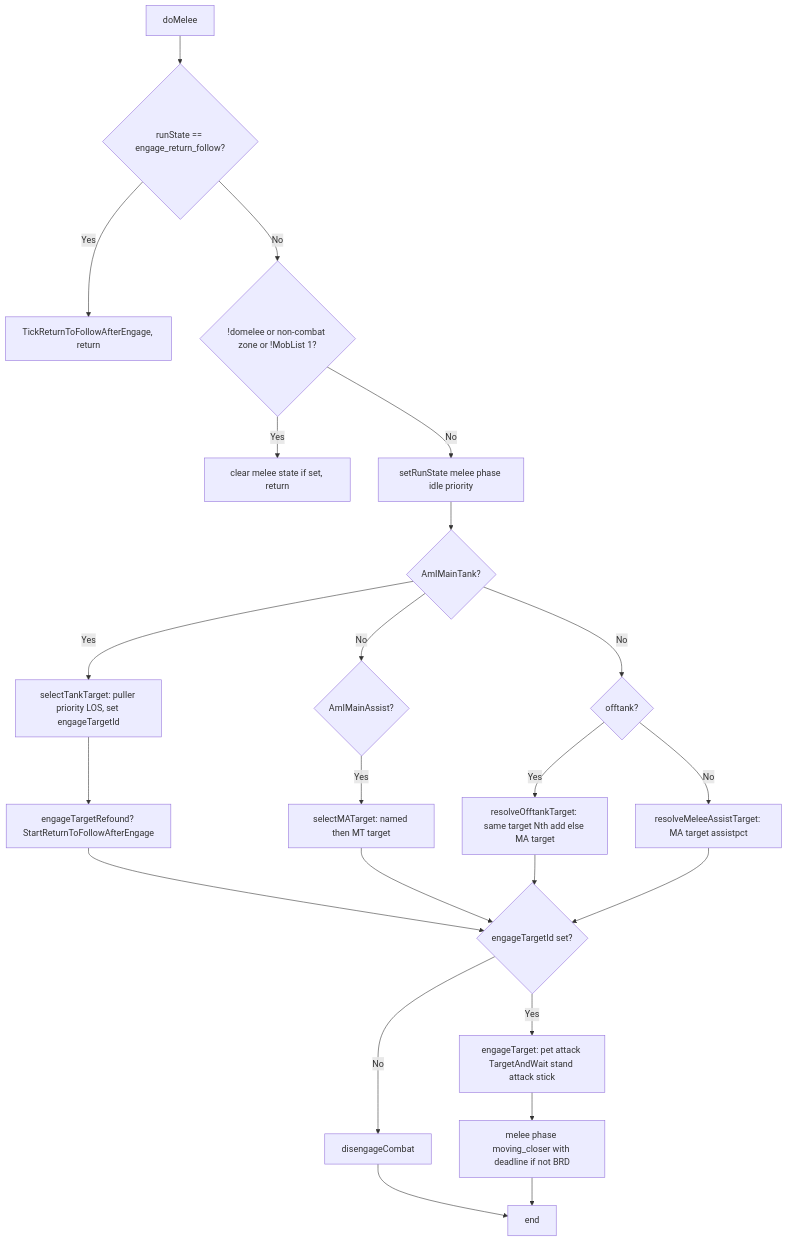
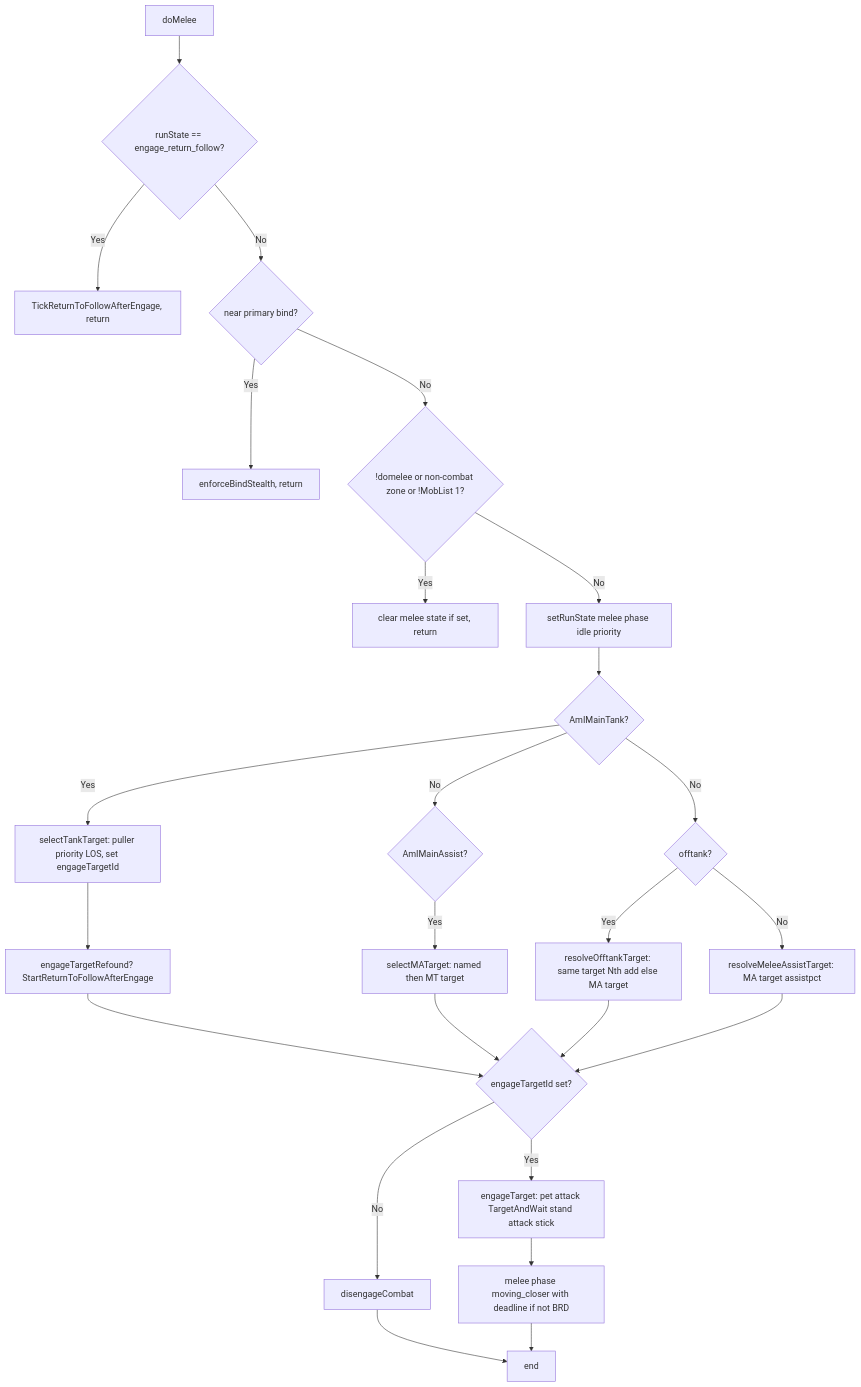
Before and after one commit to Cezero/czbot: the diagram in docs/botlogic/hook-domelee.md, drawn with Mermaid. The commit also changed other lines of this file and 26 other files, not shown here.

````diff
--- a/docs/botlogic/hook-domelee.md
+++ b/docs/botlogic/hook-domelee.md
@@ -10,26 +10,28 @@
 ```mermaid
 flowchart TB
     Start[doMelee] --> EngageReturn{runState == engage_return_follow?}
     EngageReturn -->|Yes| TickReturn[TickReturnToFollowAfterEngage, return]
-    EngageReturn -->|No| Guards{!domelee or non-combat zone or !MobList 1?}
+    EngageReturn -->|No| Bind{near primary bind?}
+    Bind -->|Yes| ClearBind[enforceBindStealth, return]
+    Bind -->|No| Guards{!domelee or non-combat zone or !MobList 1?}
     Guards -->|Yes| ClearMelee[clear melee state if set, return]
     Guards -->|No| SetMelee[setRunState melee phase idle priority]
     SetMelee --> Role{AmIMainTank?}
     Role -->|Yes| MT[selectTankTarget: puller priority LOS, set engageTargetId]
     MT --> StartReturn[engageTargetRefound? StartReturnToFollowAfterEngage]
     Role -->|No| MA{AmIMainAssist?}
     MA -->|Yes| MATarget[selectMATarget: named then MT target]
     Role -->|No| OT{offtank?}
     OT -->|Yes| OTResolve[resolveOfftankTarget: same target Nth add else MA target]
     OT -->|No| DPS[resolveMeleeAssistTarget: MA target assistpct]
     StartReturn --> HasTarget
     MATarget --> HasTarget
     OTResolve --> HasTarget
     DPS --> HasTarget
     HasTarget{engageTargetId set?}
     HasTarget -->|Yes| Engage[engageTarget: pet attack TargetAndWait stand attack stick]
     HasTarget -->|No| Disengage[disengageCombat]
     Engage --> MeleePhase[melee phase moving_closer with deadline if not BRD]
     Disengage --> End[end]
     MeleePhase --> End
 ```
````
